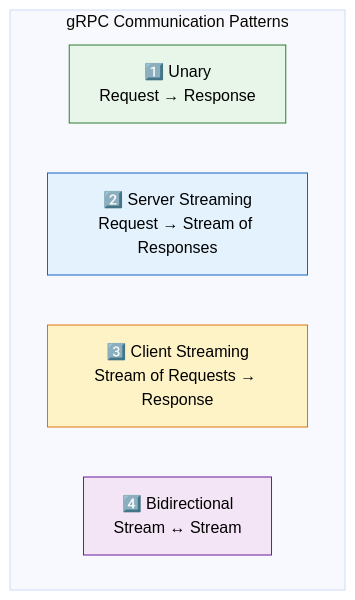
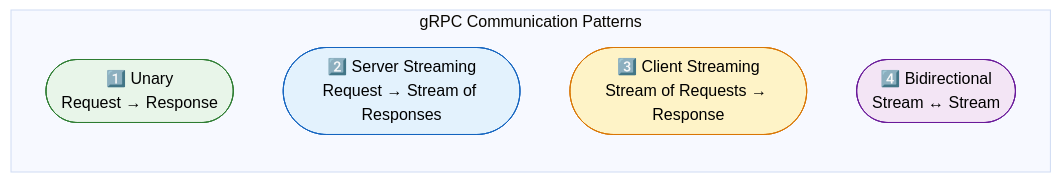
Before and after one commit to saivamsikaruturi/vamsilabs-dev-notes-main: the third of 3 diagrams in docs/microservices/grpc.md, drawn with Mermaid (base theme). The commit also changed other lines of this file and 146 other files, not shown here.

Commit message:
Horizontal diagrams, UML class diagrams, typography overhaul, and permalink cleanup

````diff
--- a/docs/microservices/grpc.md
+++ b/docs/microservices/grpc.md
@@ -242,14 +242,14 @@
 ```mermaid
-flowchart TD
+flowchart LR
     subgraph Patterns["gRPC Communication Patterns"]
-        U["1️⃣ Unary<br/>Request → Response"]
-        SS["2️⃣ Server Streaming<br/>Request → Stream of Responses"]
-        CS["3️⃣ Client Streaming<br/>Stream of Requests → Response"]
-        BD["4️⃣ Bidirectional<br/>Stream ↔ Stream"]
+        U(["1️⃣ Unary<br/>Request → Response"])
+        SS(["2️⃣ Server Streaming<br/>Request → Stream of Responses"])
+        CS(["3️⃣ Client Streaming<br/>Stream of Requests → Response"])
+        BD(["4️⃣ Bidirectional<br/>Stream ↔ Stream"])
     end
 
     style U fill:#E8F5E9,stroke:#2E7D32,color:#000
     style SS fill:#E3F2FD,stroke:#1565C0,color:#000
     style CS fill:#FEF3C7,stroke:#D97706,color:#000
     style BD fill:#F3E5F5,stroke:#6A1B9A,color:#000
 ```
````
